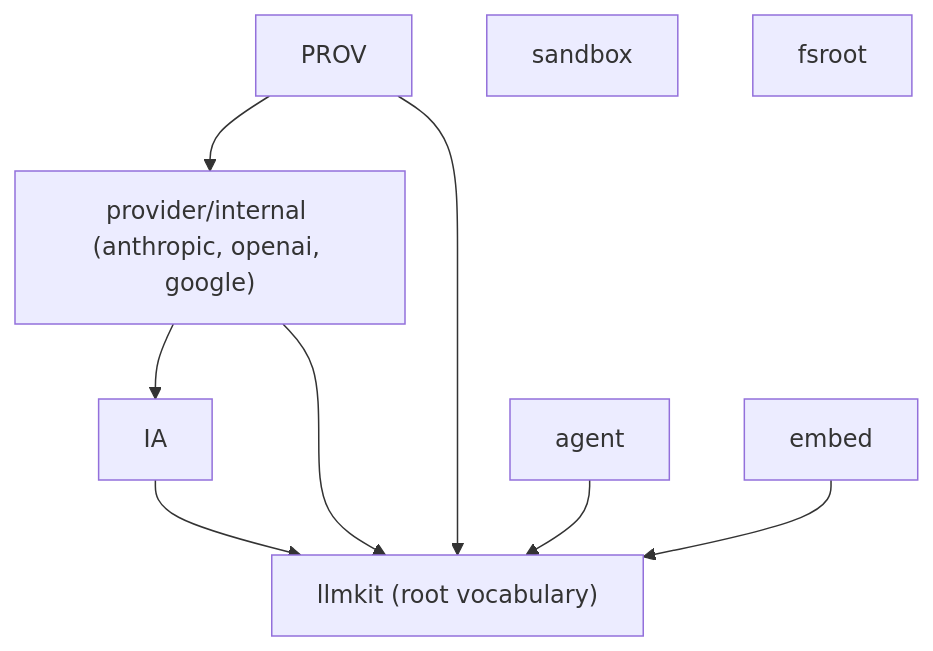
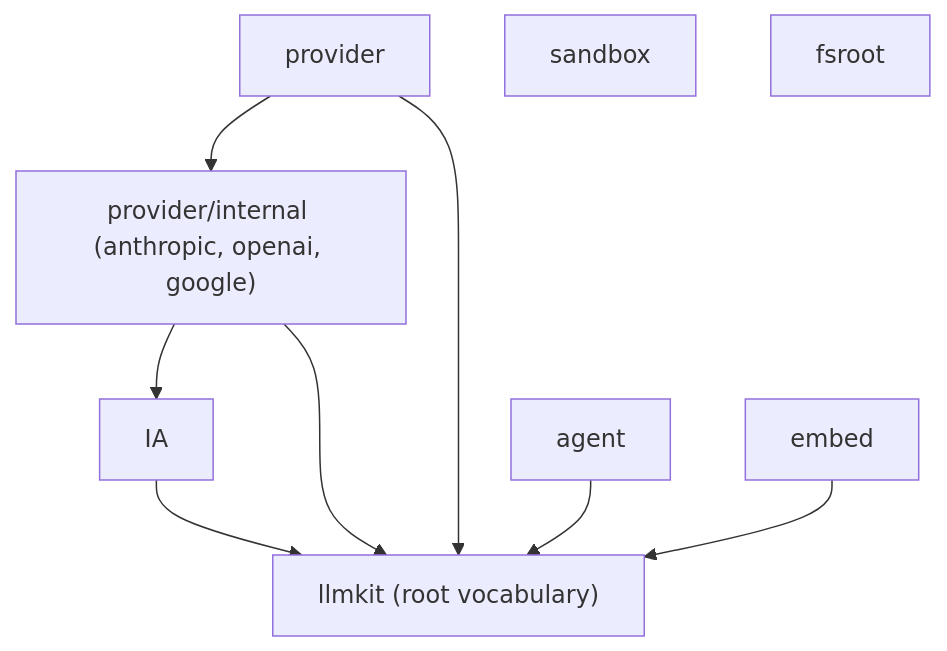
One commit to dpoage/llmkit changed the diagram in docs/design.md. Above: the diagram before and after it, drawn with Mermaid. The commit also changed 1 other file, not shown here.

Commit message:
docs(onboarding): restore Stream go fence and PROV node label (llmkit-9kl.5 re-review)
- README.md: the Stream rewrite had swallowed the opening ```go fence,
  which made every later section render inside one code block. Fence
  restored; fence-pairing check (even ^``` count, no heading inside an
  open fence) passes on README.md, docs/README.md, docs/design.md,
  CHANGELOG.md.
- The teaser now reuses client/resp/err with the reuse stated in prose
  and `resp, err =` assignment, so the three Quick start blocks also
  compile when concatenated in one main() (verbatim extraction test).
- docs/design.md: PROV node regains its ["provider"] label; diagram
  re-parsed with mermaid@11 (flowchart-v2).

Verification: verbatim-paste compile, mermaid parse, go build ./...,
gofmt -l . empty, AGENTS/CLAUDE tails byte-identical, relative links
resolve, no .go files changed.

````diff
--- a/docs/design.md
+++ b/docs/design.md
@@ -12,13 +12,13 @@
 ```mermaid
 flowchart TD
     AGENT["agent"]
-    PROV --> ADAPTERS["provider/internal (anthropic, openai, google)"]
+    PROV["provider"] --> ADAPTERS["provider/internal (anthropic, openai, google)"]
     ADAPTERS --> IA
     IA --> ROOT["llmkit (root vocabulary)"]
     ADAPTERS --> ROOT
     PROV --> ROOT
     AGENT --> ROOT
     EMBED["embed"] --> ROOT
     SANDBOX["sandbox"]
     FSROOT["fsroot"]
 ```
````
